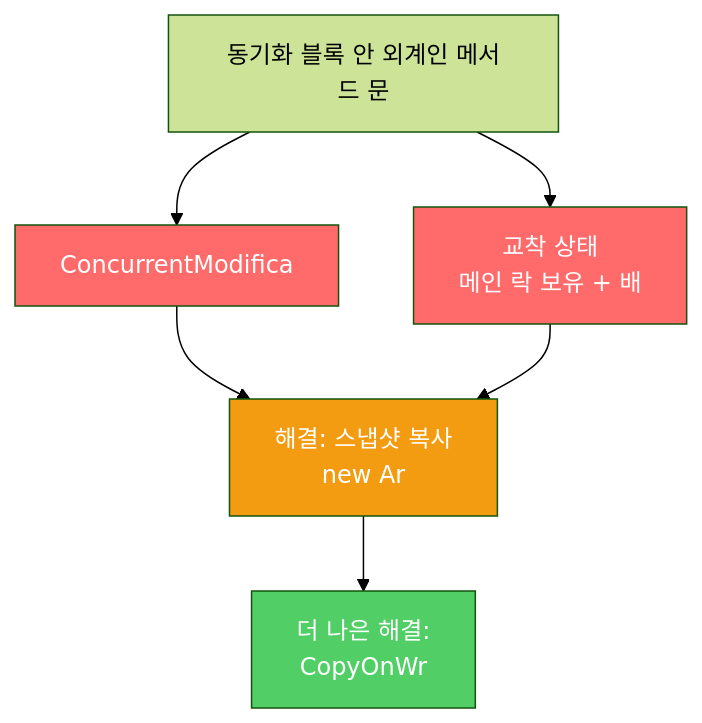
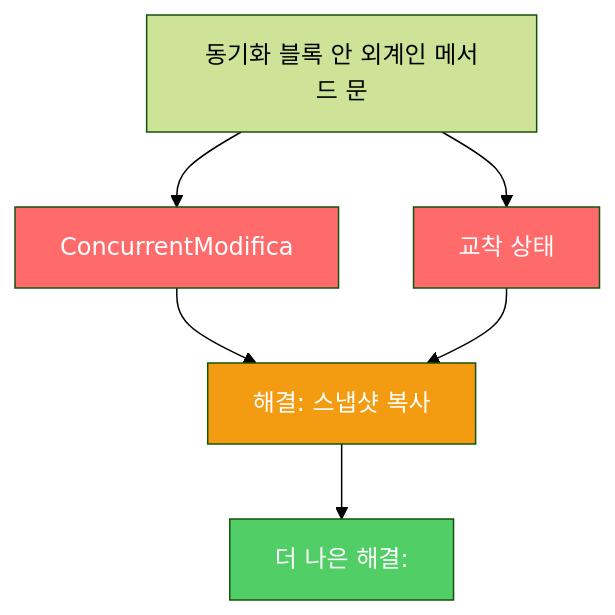
The diagram in _posts/java/2022-03-03-effective-java79.md (yjkim2015/yjkim2015.github.io), drawn with Mermaid (forest theme) before and after one commit. The commit also changed 217 other files, not shown here.

First line of the commit message:
Mermaid 크기 수정: useMaxWidth:true + SVG max-width:100% + 라벨 축소

````diff
--- a/_posts/java/2022-03-03-effective-java79.md
+++ b/_posts/java/2022-03-03-effective-java79.md
@@ -148,12 +148,12 @@
 ```mermaid
 graph TD
     A["동기화 블록 안 외계인 메서드 문"] --> B["ConcurrentModifica"]
-    A --> C["교착 상태\n메인 락 보유 + 배"]
-    B --> D["해결: 스냅샷 복사\nnew Ar"]
+    A --> C["교착 상태"]
+    B --> D["해결: 스냅샷 복사"]
     C --> D
-    D --> E["더 나은 해결:\nCopyOnWr"]
+    D --> E["더 나은 해결:"]
     style B fill:#ff6b6b,color:#fff
     style C fill:#ff6b6b,color:#fff
     style D fill:#f39c12,color:#fff
     style E fill:#51cf66,color:#fff
 ```
````
